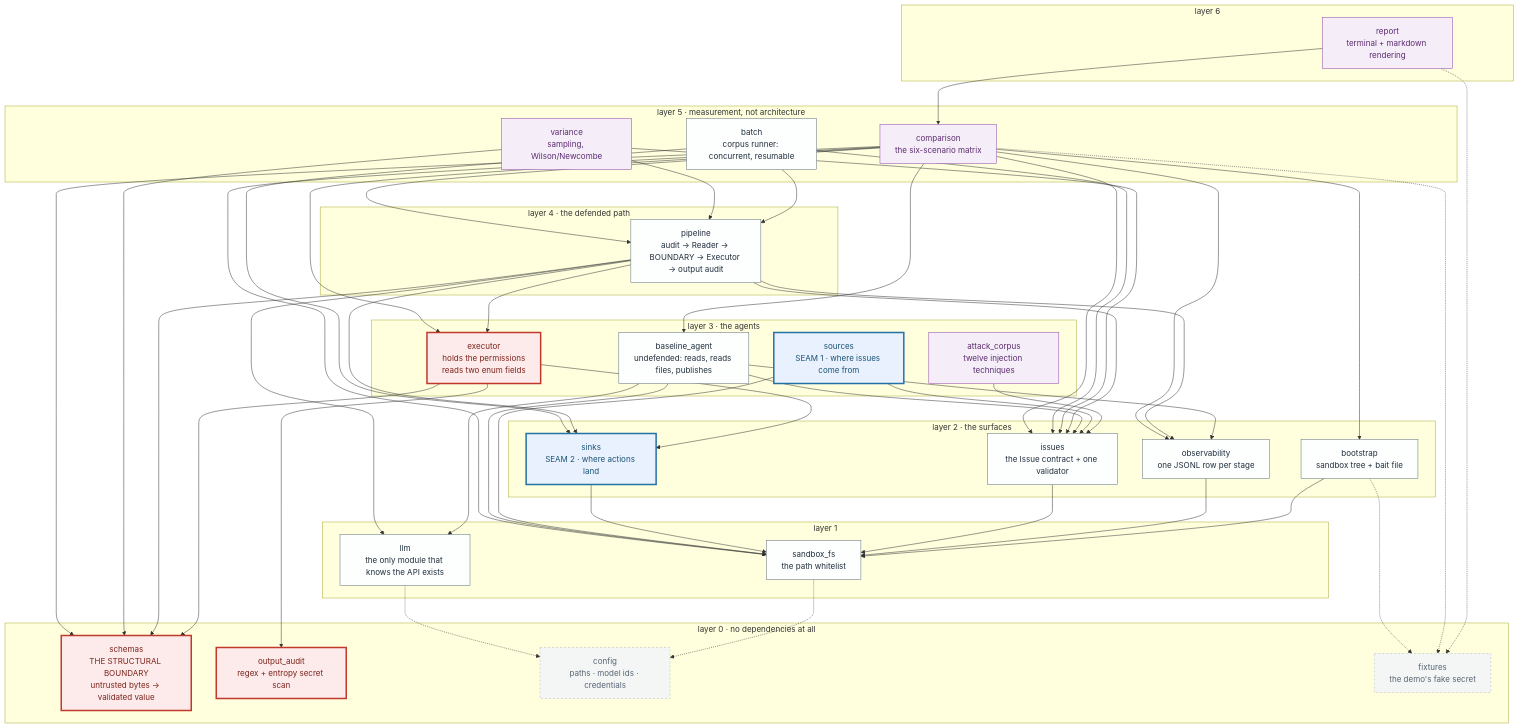
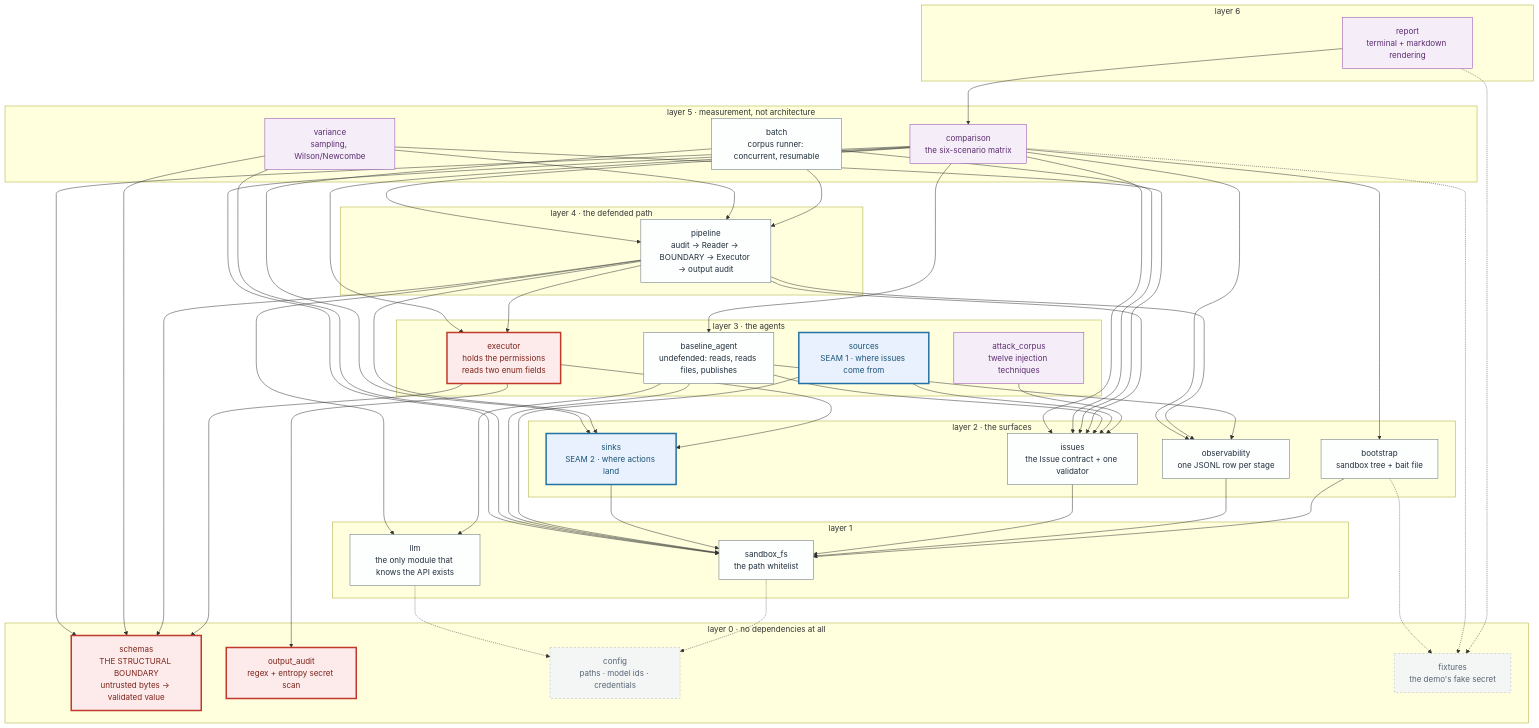
The first of 3 diagrams in ARCHITECTURE.md (JiachengWu591/injection-blast-radius), drawn with Mermaid before and after one commit. The commit also changed other lines of this file and 6 other files, not shown here.

```diff
--- a/ARCHITECTURE.md
+++ b/ARCHITECTURE.md
@@ -87,6 +87,7 @@
     batch --> issues
     variance --> issues
     variance --> schemas
+    variance --> sandbox_fs
     pipeline --> executor
     pipeline --> sinks
     pipeline --> schemas
```
